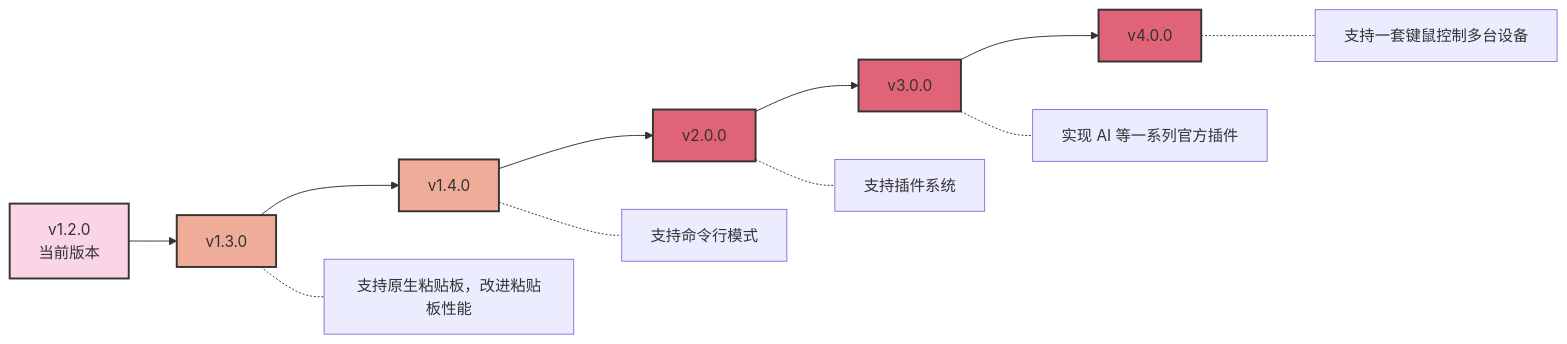
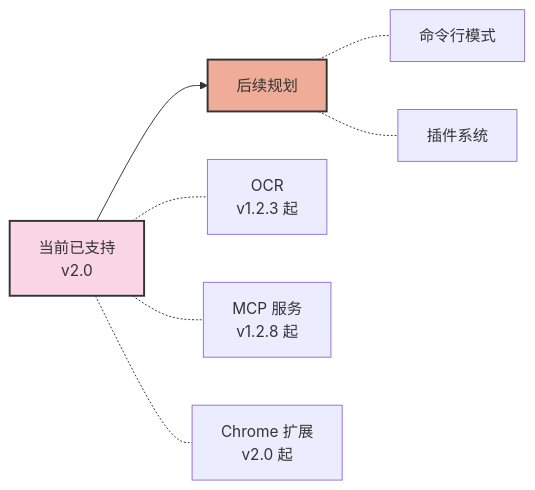
The diagram in doc/zh/Roadmap.md (CrossPaste/crosspaste-desktop), drawn with Mermaid before and after one commit. The commit also changed other lines of this file and 4 other files, not shown here.

First line of the commit message:
:memo: refresh README, CHANGELOG and Roadmap for v2.0.0 release

````diff
--- a/doc/zh/Roadmap.md
+++ b/doc/zh/Roadmap.md
@@ -5,21 +5,16 @@
 ```mermaid
 graph LR
-    B[v1.2.0<br/>当前版本] --> C[v1.3.0]
-    C --> D[v1.4.0]
-    D --> E[v2.0.0]
-    E --> F[v3.0.0]
-    F --> G[v4.0.0]
+    B[当前已支持<br/>v2.0] --> U[后续规划]
 
-    C -.- C1[支持原生粘贴板，改进粘贴板性能]
-    D -.- D1[支持命令行模式]
-    E -.- E1[支持插件系统]
-    F -.- F1[实现 AI 等一系列官方插件]
-    G -.- G2[支持一套键鼠控制多台设备]
+    B -.- B1[OCR<br/>v1.2.3 起]
+    B -.- B2[MCP 服务<br/>v1.2.8 起]
+    B -.- B3[Chrome 扩展<br/>v2.0 起]
+
+    U -.- U1[命令行模式]
+    U -.- U2[插件系统]
 
     classDef current fill:#f9d5e5,stroke:#333,stroke-width:2px
-    classDef minor fill:#eeac99,stroke:#333,stroke-width:2px
-    classDef major fill:#e06377,stroke:#333,stroke-width:2px
+    classDef upcoming fill:#eeac99,stroke:#333,stroke-width:2px
     class B current
-    class C,D minor
-    class E,F,G major
+    class U upcoming
 ```
````
